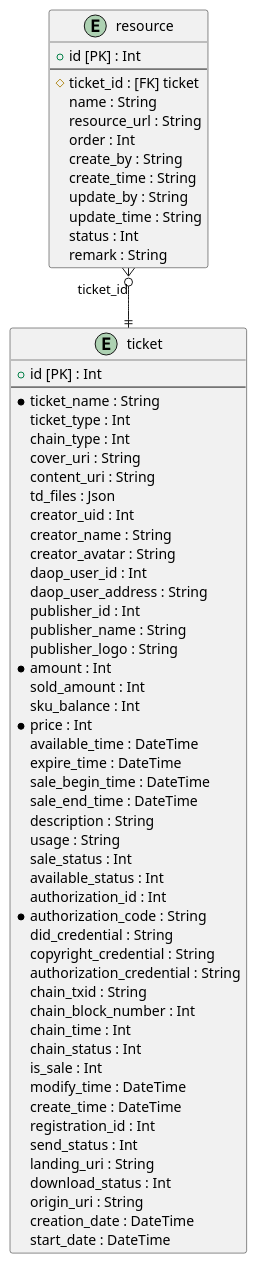
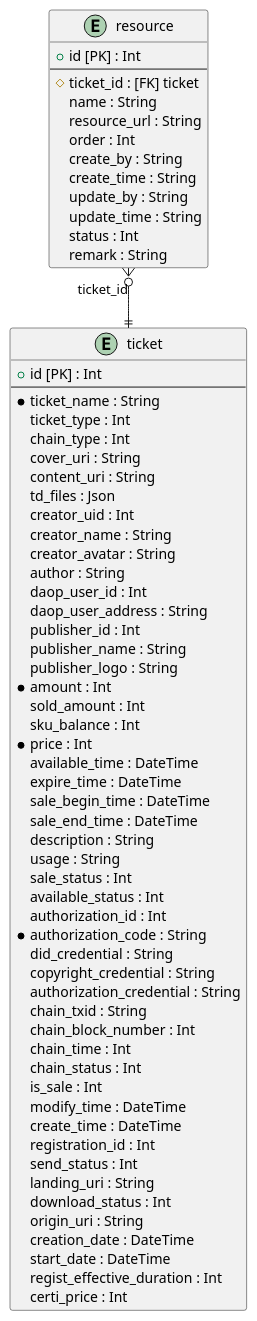
Before and after one commit to yuyongpeng/admin-server: diagram 29 of 37 in src/doc/ER-D.puml, drawn with PlantUML. The commit also changed other lines of this file and 27 other files, not shown here.

```diff
--- a/src/doc/ER-D.puml
+++ b/src/doc/ER-D.puml
@@ -2140,72 +2224,75 @@
 @startuml resource
 skinparam linetype ortho
 entity "ticket" as ticket {
 + id [PK] : Int 
 --
   * ticket_name : String
   ticket_type : Int
   chain_type : Int
   cover_uri : String
   content_uri : String
   td_files : Json
   creator_uid : Int
   creator_name : String
   creator_avatar : String
+  author : String
   daop_user_id : Int
   daop_user_address : String
   publisher_id : Int
   publisher_name : String
   publisher_logo : String
   * amount : Int
   sold_amount : Int
   sku_balance : Int
   * price : Int
   available_time : DateTime
   expire_time : DateTime
   sale_begin_time : DateTime
   sale_end_time : DateTime
   description : String
   usage : String
   sale_status : Int
   available_status : Int
   authorization_id : Int
   * authorization_code : String
   did_credential : String
   copyright_credential : String
   authorization_credential : String
   chain_txid : String
   chain_block_number : Int
   chain_time : Int
   chain_status : Int
   is_sale : Int
   modify_time : DateTime
   create_time : DateTime
   registration_id : Int
   send_status : Int
   landing_uri : String
   download_status : Int
   origin_uri : String
   creation_date : DateTime
   start_date : DateTime
+  regist_effective_duration : Int
+  certi_price : Int
 }
 
 entity "resource" as resource {
 + id [PK] : Int 
 --
   # ticket_id : [FK] ticket
   name : String
   resource_url : String
   order : Int
   create_by : String
   create_time : String
   update_by : String
   update_time : String
   status : Int
   remark : String
 }
 
 ' Relations
 resource }o--|| ticket: ticket_id
 ' ManyToMany Relations
 ' enum relations
 @enduml
```
